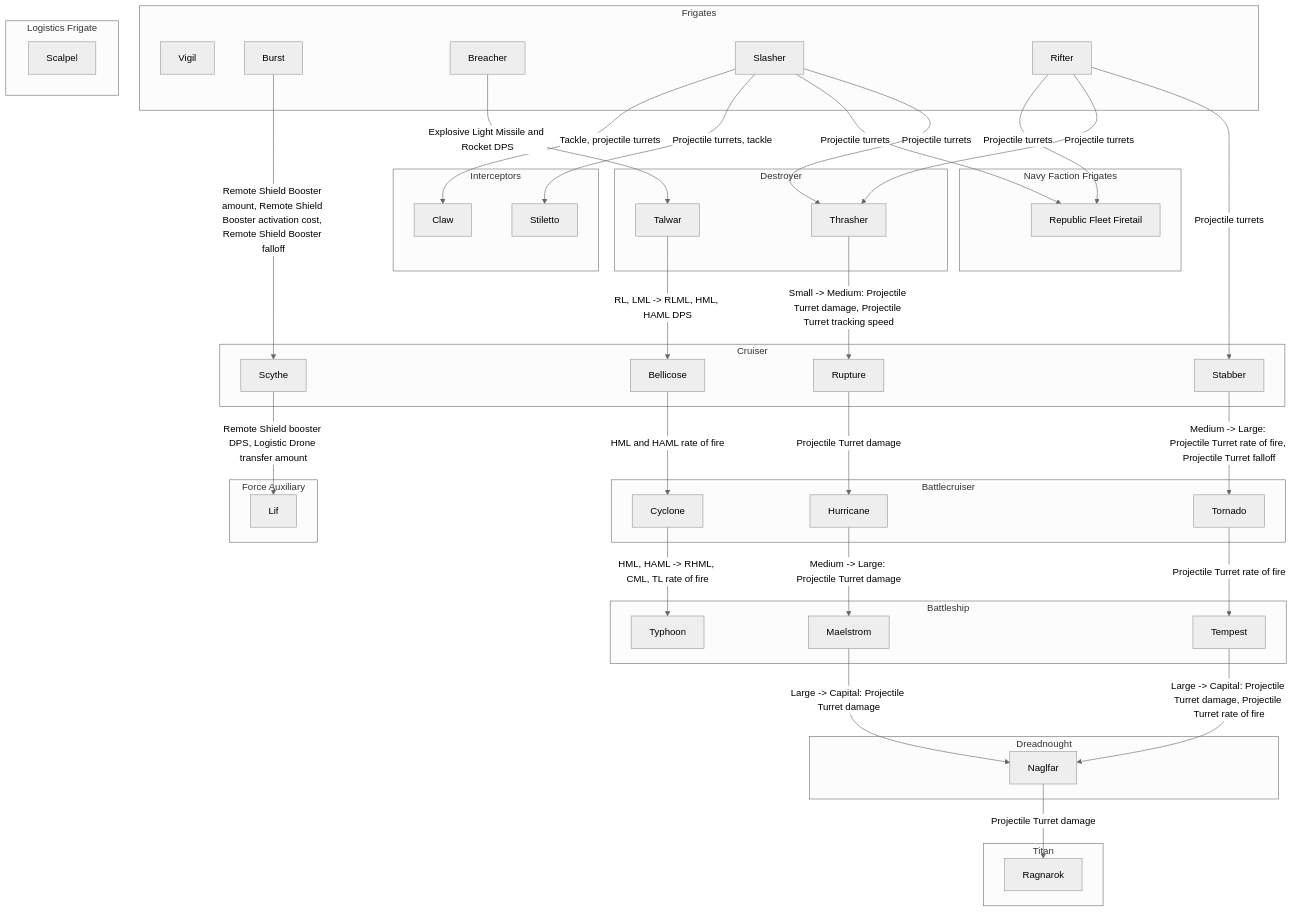
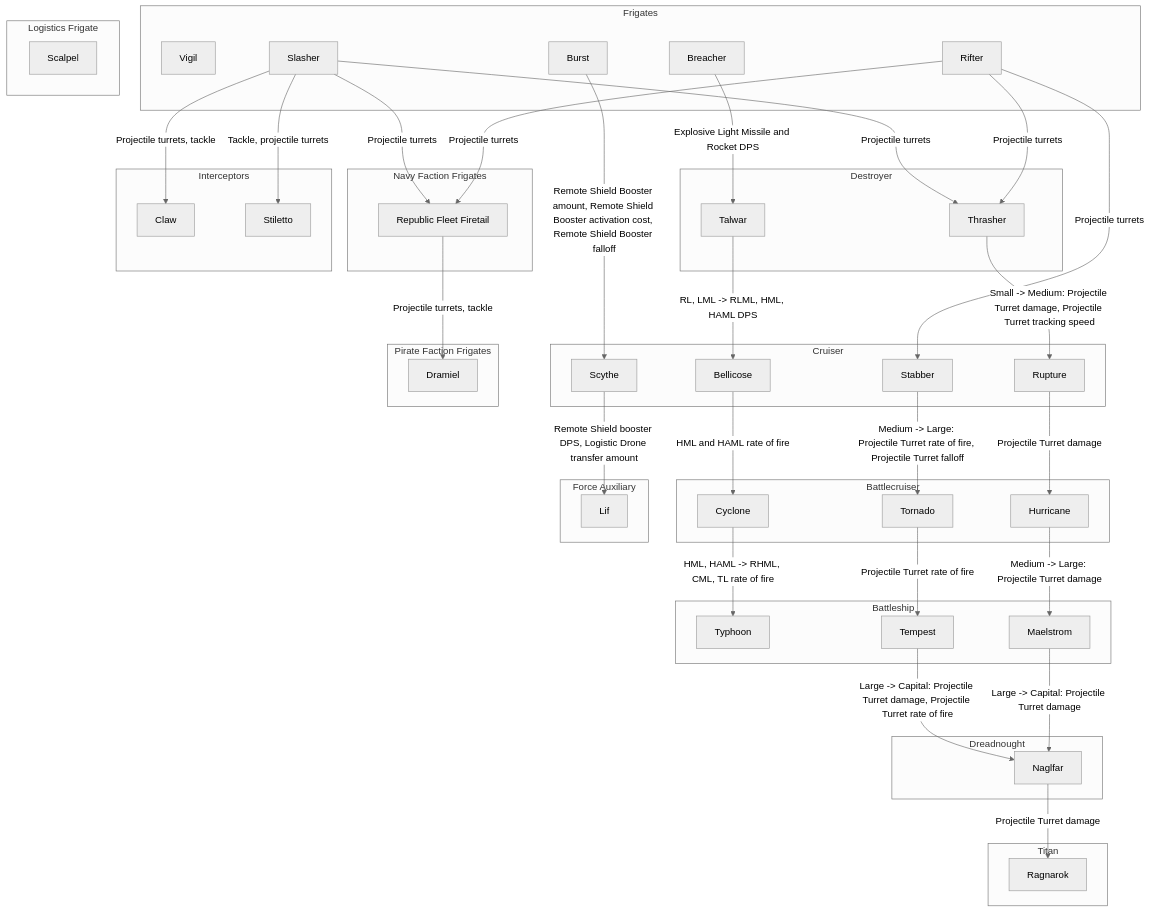
One commit to Skybladev2/EveShipsProgression changed the diagram in README.md. Above: the diagram before and after it, drawn with Mermaid (neutral theme).

Commit message:
Finish Stiletto path

````diff
--- a/README.md
+++ b/README.md
@@ -4,74 +4,78 @@
 ```mermaid
 flowchart
 	
 	
 	
 	subgraph s1["Frigates"]
 		n21["Vigil"]
 		n17["Burst"]
 		n10["Breacher"]
 		n5["Slasher"]
 		n1["Rifter"]
 	end
 	n1
 	subgraph s2["Cruiser"]
 		n18["Scythe"]
 		n12["Bellicose"]
 		n7["Rupture"]
 		n2["Stabber"]
 	end
 	n1 -->|"Projectile turrets"| n2
 	subgraph s3["Battlecruiser"]
 		n13["Cyclone"]
 		n8["Hurricane"]
 		n3["Tornado"]
 	end
 	n2 -->|"Medium -> Large: Projectile Turret rate of fire, Projectile Turret falloff"| n3
 	subgraph s4["Battleship"]
 		n14["Typhoon"]
 		n9["Maelstrom"]
 		n4["Tempest"]
 	end
 	n3 -->|"Projectile Turret rate of fire"| n4
 	subgraph s5["Destroyer"]
 		n11["Talwar"]
 		n6["Thrasher"]
 	end
 	n5 -->|"Projectile turrets"| n6
 	n6 -->|"Small -> Medium: Projectile Turret damage, Projectile Turret tracking speed"| n7
 	n7 -->|"Projectile Turret damage"| n8
 	n8 -->|"Medium -> Large: Projectile Turret damage"| n9
 	n10 -->|"Explosive Light Missile and Rocket DPS"| n11
 	n11 -->|"RL, LML -> RLML, HML, HAML DPS"| n12
 	n12 -->|"HML and HAML rate of fire"| n13
 	n13 -->|" HML, HAML -> RHML, CML, TL rate of fire"| n14
 	subgraph s6["Dreadnought"]
 		n15["Naglfar"]
 	end
 	n4 -->|"Large -> Capital: Projectile Turret damage, Projectile Turret rate of fire"| n15
 	n9 -->|"Large -> Capital: Projectile Turret damage"| n15
 	subgraph s7["Titan"]
 		n16["Ragnarok"]
 	end
 	n15 -->|"Projectile Turret damage"| n16
 	n17 -->|"Remote Shield Booster amount, Remote Shield Booster activation cost, Remote Shield Booster falloff"| n18
 	subgraph s8["Force Auxiliary"]
 		n19["Lif"]
 	end
 	n18 -->|"Remote Shield booster DPS, Logistic Drone transfer amount"| n19
 	subgraph s9["Logistics Frigate"]
 		n20["Scalpel"]
 	end
 	n1 -->|"Projectile turrets"| n6
 	subgraph s10["Navy Faction Frigates"]
 		n22["Republic Fleet Firetail"]
 	end
 	n5 -->|"Projectile turrets"| n22
 	n1 -->|"Projectile turrets"| n22
 	subgraph s11["Interceptors"]
 		n24["Claw"]
 		n23["Stiletto"]
 	end
-	n5 -->|"Projectile turrets, tackle"| n23
-	n5 -->|"Tackle, projectile turrets"| n24
+	n5 -->|"Tackle, projectile turrets"| n23
+	n5 -->|"Projectile turrets, tackle"| n24
+	subgraph s12["Pirate Faction Frigates"]
+		n25["Dramiel"]
+	end
+	n22 -->|"Projectile turrets, tackle"| n25
 ```
````
